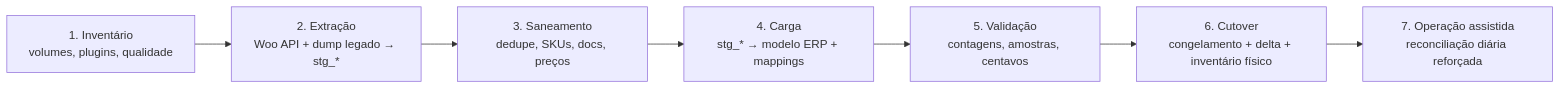
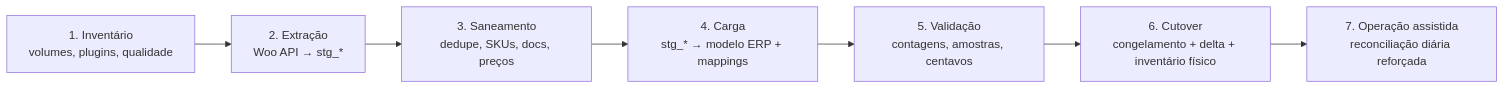
One commit to diegocarlesso/Gestao_Dona_Arteira changed the diagram in docs/17-Migracao/README.md. Above: the diagram before and after it, drawn with Mermaid. The commit also changed other lines of this file and 5 other files, not shown here.

````diff
--- a/docs/17-Migracao/README.md
+++ b/docs/17-Migracao/README.md
@@ -20,9 +33,9 @@
 ```mermaid
 flowchart LR
-    A[1. Inventário<br/>volumes, plugins, qualidade] --> B[2. Extração<br/>Woo API + dump legado → stg_*]
+    A[1. Inventário<br/>volumes, plugins, qualidade] --> B[2. Extração<br/>Woo API → stg_*]
     B --> C[3. Saneamento<br/>dedupe, SKUs, docs, preços]
     C --> D[4. Carga<br/>stg_* → modelo ERP + mappings]
     D --> E[5. Validação<br/>contagens, amostras, centavos]
     E --> F[6. Cutover<br/>congelamento + delta + inventário físico]
     F --> G[7. Operação assistida<br/>reconciliação diária reforçada]
 ```
````
